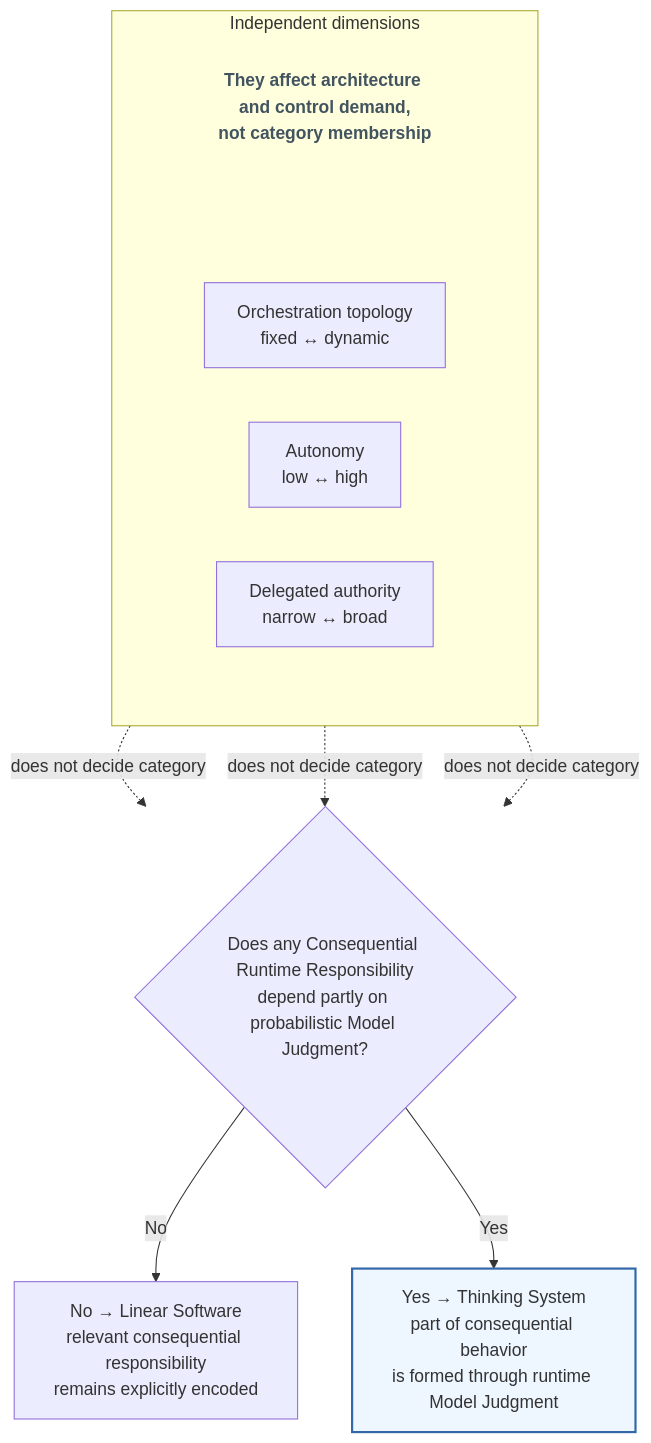
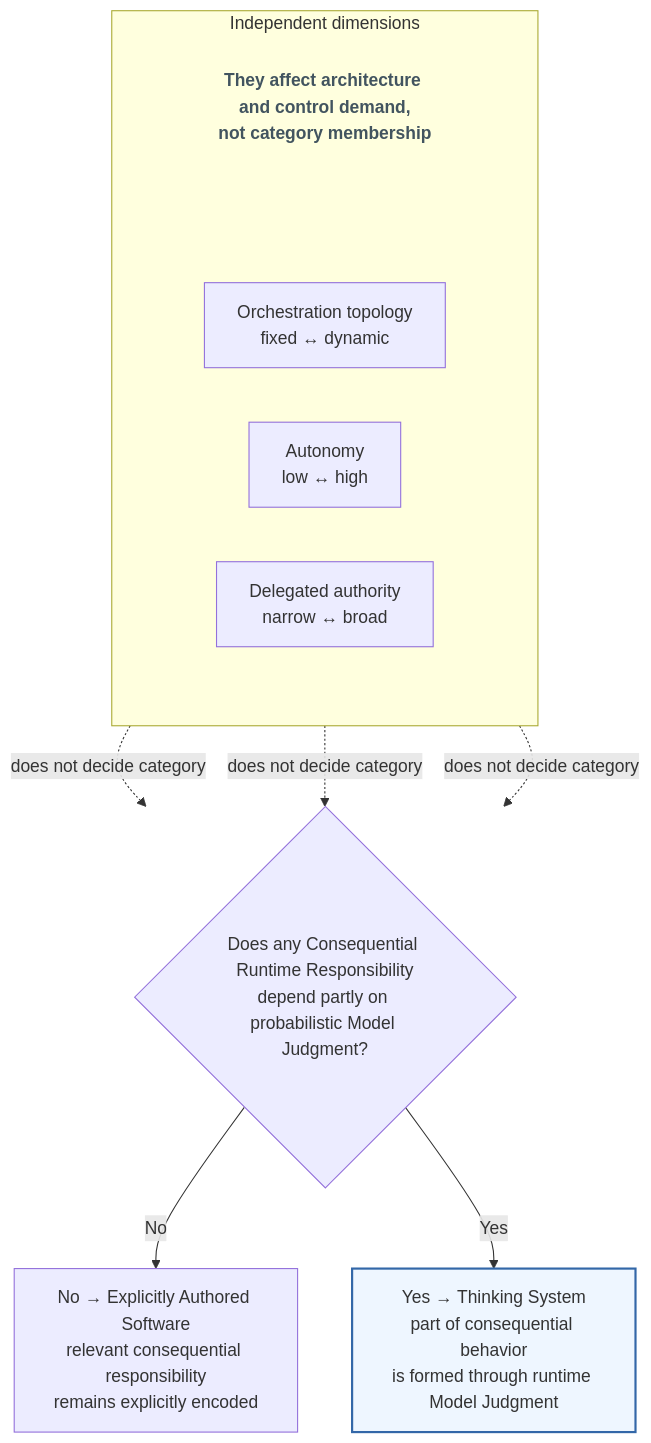
Before and after one commit to UncertaintyArchitectureGroup/uncertainty-architecture: the second of 8 diagrams in content/research/notes/thinking-systems-publication-draft.md, drawn with Mermaid. The commit also changed other lines of this file and 3 other files, not shown here.

````diff
--- a/content/research/notes/thinking-systems-publication-draft.md
+++ b/content/research/notes/thinking-systems-publication-draft.md
@@ -108,30 +112,30 @@
 ```mermaid
 flowchart TB
     subgraph I["Independent dimensions"]
         direction TB
         IN["They affect architecture and control demand,<br/>not category membership"]
         subgraph R[" "]
             direction LR
             O["Orchestration topology<br/>fixed ↔ dynamic"]
             A["Autonomy<br/>low ↔ high"]
             D["Delegated authority<br/>narrow ↔ broad"]
         end
     end
 
     Q{"Does any Consequential Runtime Responsibility<br/>depend partly on probabilistic Model Judgment?"}
-    L["No → Linear Software<br/>relevant consequential responsibility<br/>remains explicitly encoded"]
+    L["No → Explicitly Authored Software<br/>relevant consequential responsibility<br/>remains explicitly encoded"]
     T["Yes → Thinking System<br/>part of consequential behavior<br/>is formed through runtime Model Judgment"]
 
     IN ~~~ A
     O -. does not decide category .-> Q
     A -. does not decide category .-> Q
     D -. does not decide category .-> Q
     Q -->|No| L
     Q -->|Yes| T
 
     classDef thinking fill:#eef6ff,stroke:#3367a8,stroke-width:2px;
     classDef dimensionNote fill:transparent,stroke:transparent,color:#42545f,font-weight:600;
     class IN dimensionNote;
     style R fill:transparent,stroke:transparent
     class T thinking;
 ```
````
